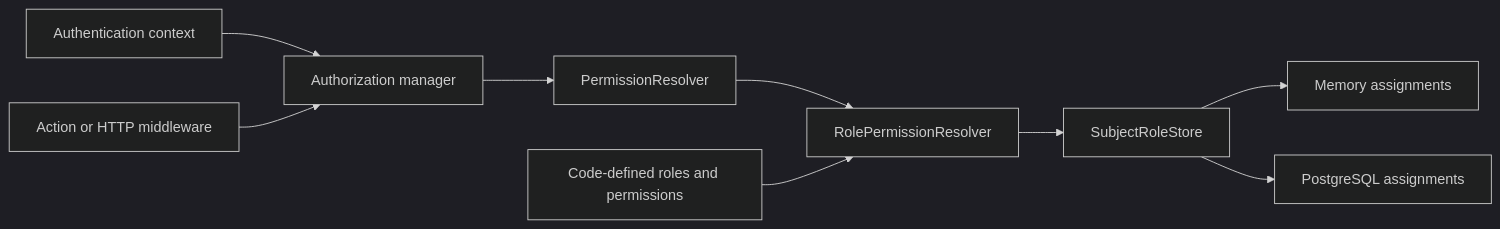
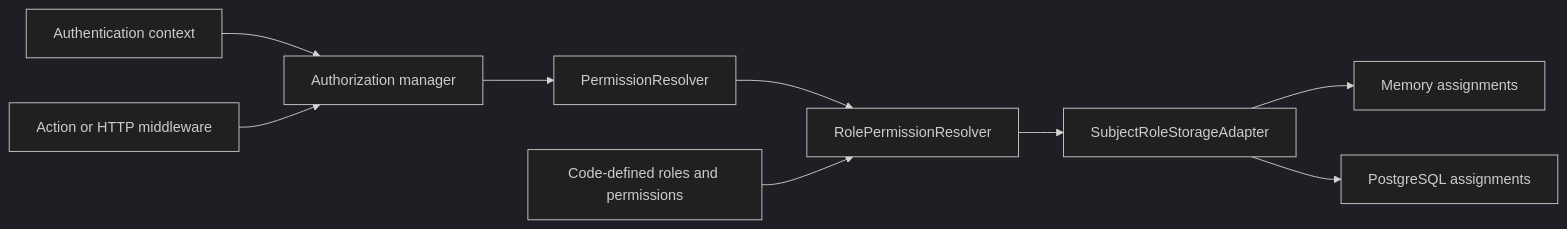
One commit to antarestupin/kestrel-framework changed the diagram in docs/implementation/authorization.md. Above: the diagram before and after it, drawn with Mermaid (dark theme). The commit also changed other lines of this file and 212 other files, not shown here.

````diff
--- a/docs/implementation/authorization.md
+++ b/docs/implementation/authorization.md
@@ -22,11 +22,11 @@
 ```mermaid
 flowchart LR
     Authentication[Authentication context] --> Manager[Authorization manager]
     Middleware[Action or HTTP middleware] --> Manager
     Manager --> Resolver[PermissionResolver]
     Resolver --> Roles[RolePermissionResolver]
     Catalog[Code-defined roles and permissions] --> Roles
-    Roles --> Store[SubjectRoleStore]
+    Roles --> Store[SubjectRoleStorageAdapter]
     Store --> Memory[Memory assignments]
     Store --> Postgres[PostgreSQL assignments]
 ```
````
